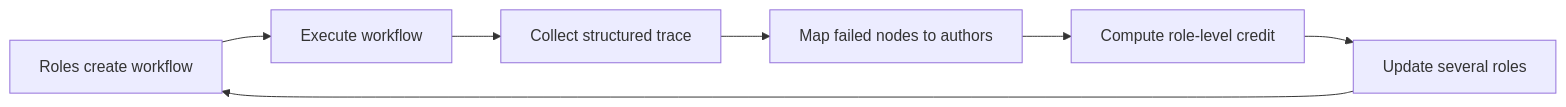
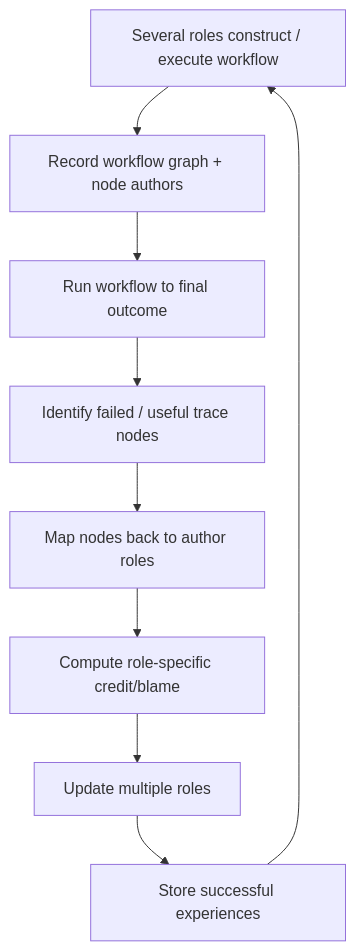
Before and after one commit to ShadowKingYT444/harness-papers-daily: the diagram in _analyses/2610.01026.md, drawn with Mermaid. The commit also changed other lines of this file and 37 other files, not shown here.

````diff
--- a/_analyses/2610.01026.md
+++ b/_analyses/2610.01026.md
@@ -21,9 +54,11 @@
-```mermaid
-flowchart LR
-    A[Roles create workflow] --> B[Execute workflow]
-    B --> C[Collect structured trace]
-    C --> D[Map failed nodes to authors]
-    D --> E[Compute role-level credit]
-    E --> F[Update several roles]
-    F --> A
-```
+~~~mermaid
+flowchart TD
+    A["Several roles construct / execute workflow"] --> B["Record workflow graph + node authors"]
+    B --> C["Run workflow to final outcome"]
+    C --> D["Identify failed / useful trace nodes"]
+    D --> E["Map nodes back to author roles"]
+    E --> F["Compute role-specific credit/blame"]
+    F --> G["Update multiple roles"]
+    G --> H["Store successful experiences"]
+    H --> A
+~~~
````
